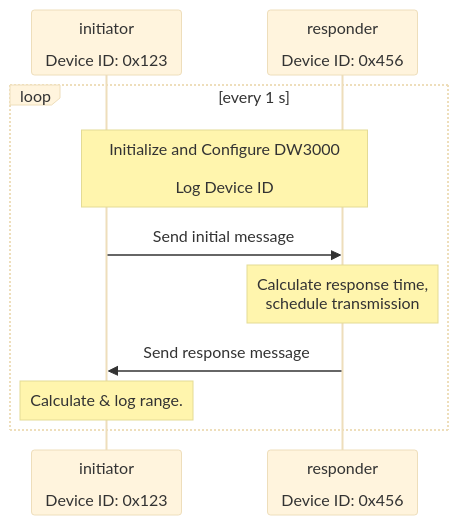
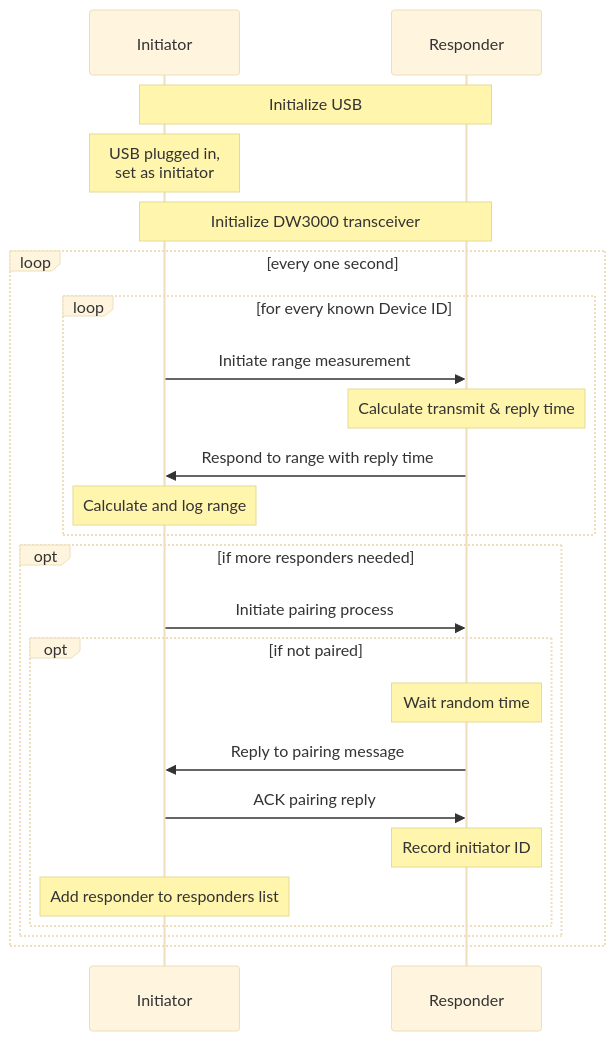
Before and after one commit to michael-nix/mn-DWM3001CDK-basics: the diagram in README.md, drawn with Mermaid (base theme). The commit also changed other lines of this file and 13 other files, not shown here.

````diff
--- a/README.md
+++ b/README.md
@@ -49,12 +77,26 @@
 ```mermaid
 sequenceDiagram
-    participant i as initiator<br><br>Device ID: 0x123
-    participant r as responder<br><br>Device ID: 0x456
-    loop every 1 s
-        Note over i, r: Initialize and Configure DW3000<br><br>Log Device ID
-        i ->> r: Send initial message
-        Note over r: Calculate response time,<br>schedule transmission
-        r ->> i: Send response message
-        Note over i: Calculate & log range.
+    participant i as Initiator
+    participant r as Responder
+    Note over i,r: Initialize USB
+    Note over i: USB plugged in,<br>set as initiator
+    Note over i,r: Initialize DW3000 transceiver
+    loop every one second
+        loop for every known Device ID
+            i ->> r: Initiate range measurement
+            Note over r: Calculate transmit & reply time
+            r ->> i: Respond to range with reply time
+            Note over i: Calculate and log range
+        end
+        opt if more responders needed
+            i ->> r: Initiate pairing process
+            opt if not paired
+                Note over r: Wait random time
+                r ->> i: Reply to pairing message
+                i ->> r: ACK pairing reply
+                Note over r: Record initiator ID
+                Note over i: Add responder to responders list
+            end
+        end
     end
 ```
````
